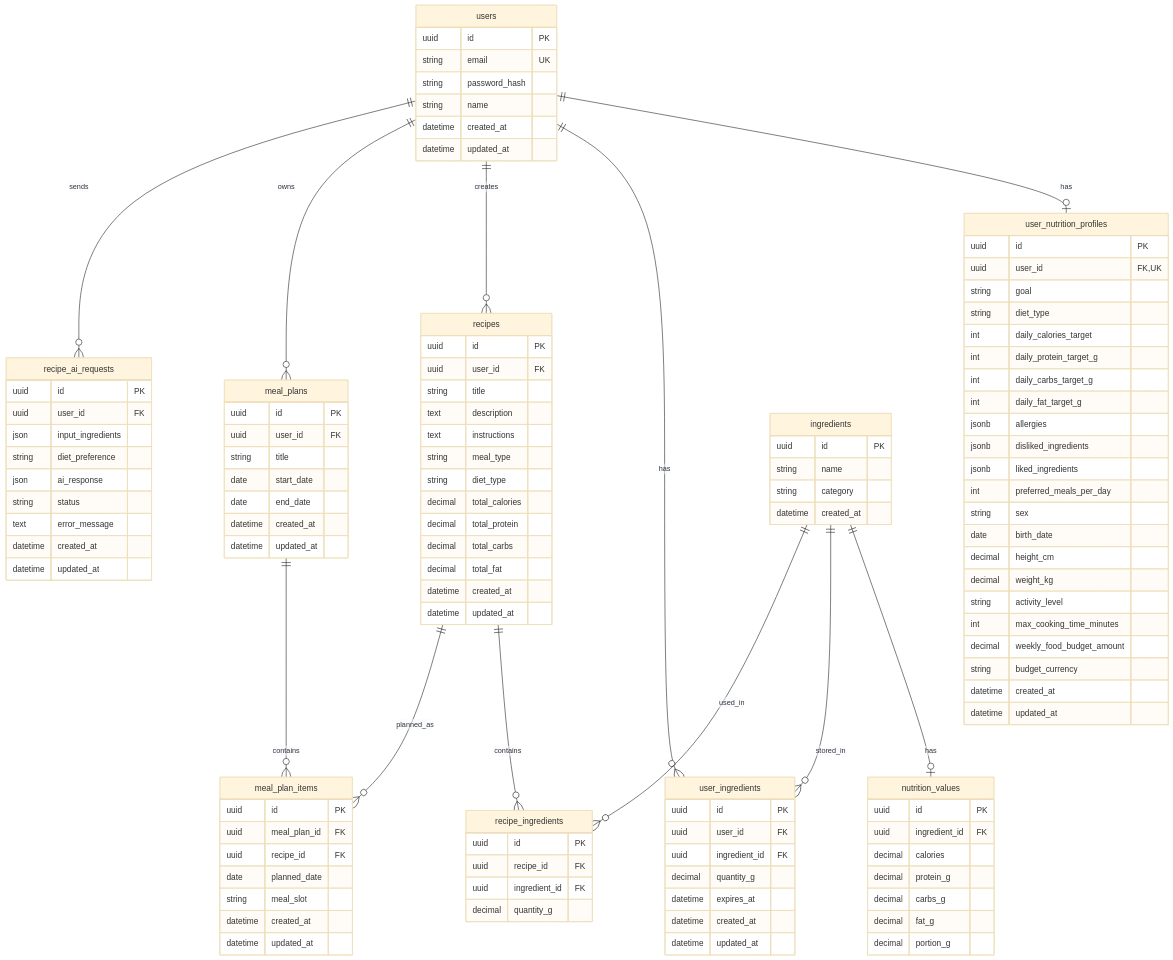
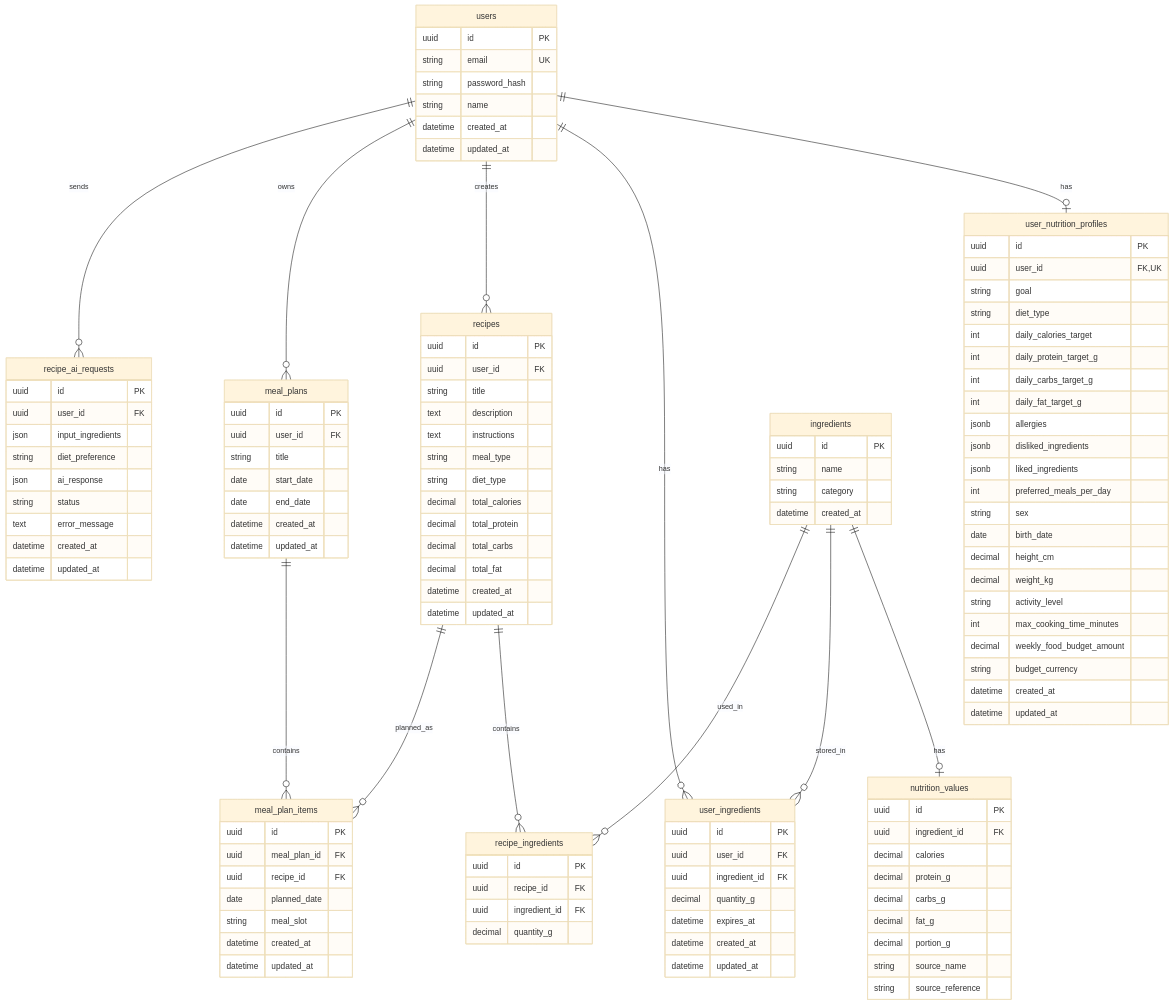
Before and after one commit to Pavel404-dev/Mealio: the diagram in docs/database/erd.md, drawn with Mermaid (base theme). The commit also changed other lines of this file and 21 other files, not shown here.

```diff
--- a/docs/database/erd.md
+++ b/docs/database/erd.md
@@ -93,6 +93,8 @@
         decimal carbs_g
         decimal fat_g
         decimal portion_g
+        string source_name
+        string source_reference
     }
 
     user_ingredients {
```
